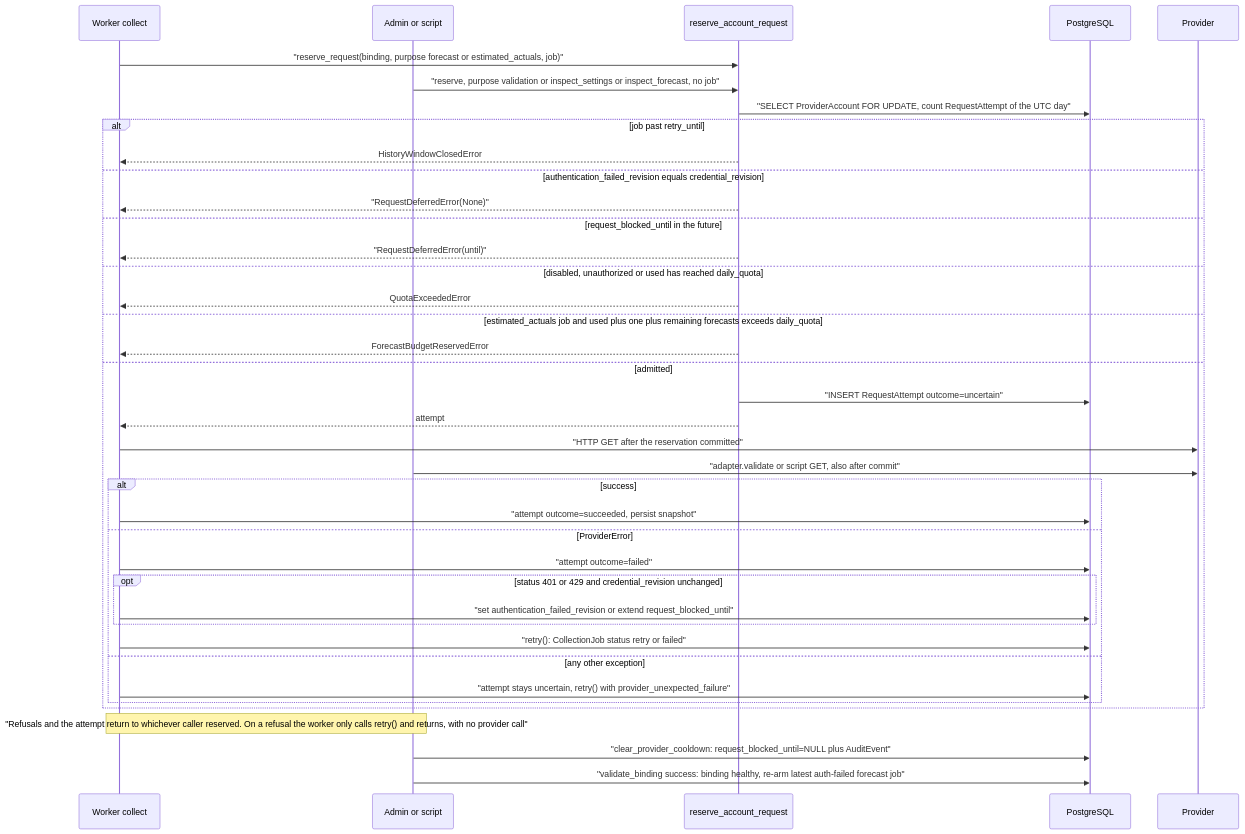
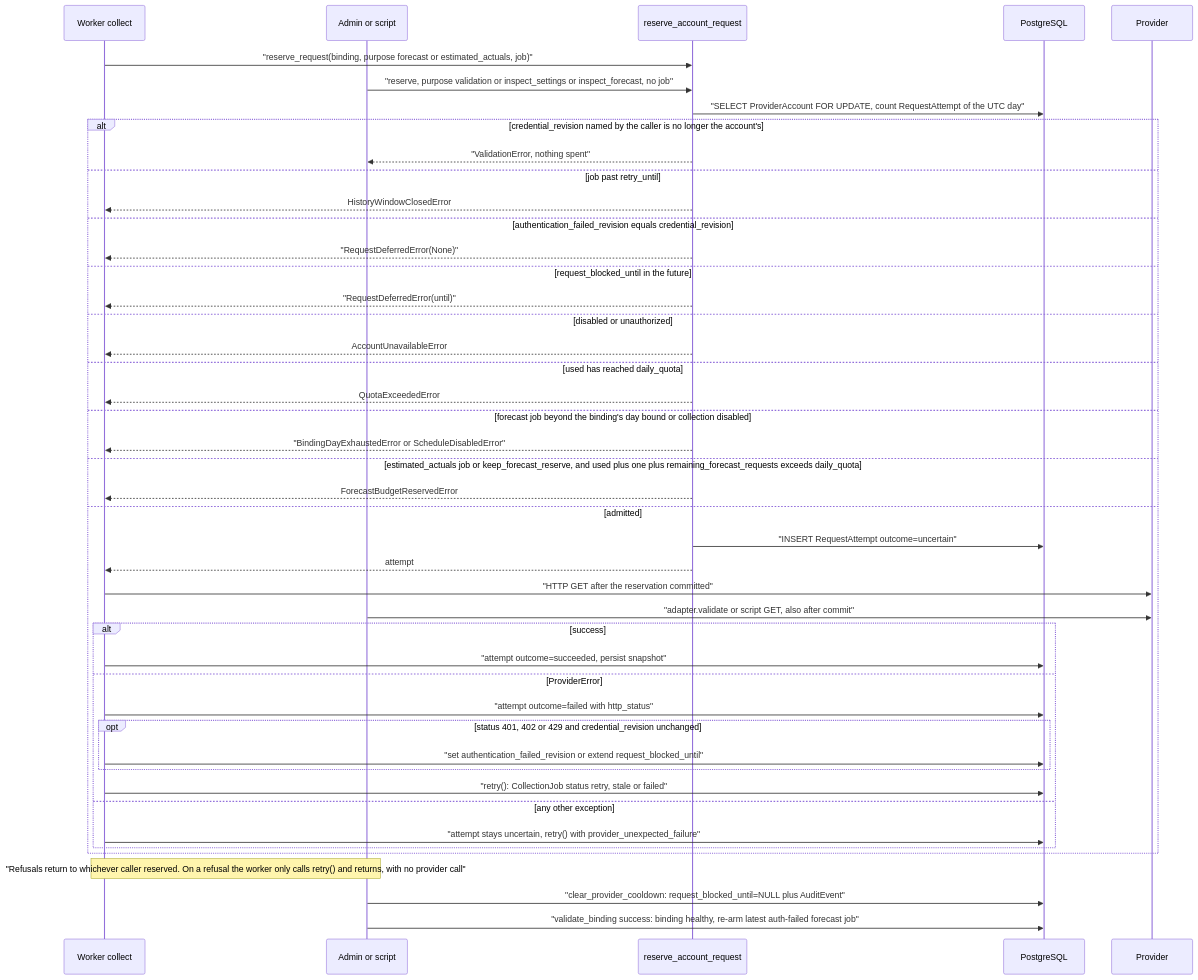
One commit to erkurtharun/pyracast changed the diagram in docs/flows/provider-quota-and-backoff.md. Above: the diagram before and after it, drawn with Mermaid. The commit also changed other lines of this file and 85 other files, not shown here.

First line of the commit message:
Bring the flow pages in line with the code (#107)

````diff
--- a/docs/flows/provider-quota-and-backoff.md
+++ b/docs/flows/provider-quota-and-backoff.md
@@ -18,41 +18,47 @@
 ```mermaid
 sequenceDiagram
     participant W as Worker collect
     participant A as Admin or script
     participant R as reserve_account_request
     participant DB as PostgreSQL
     participant S as Provider
     W->>R: "reserve_request(binding, purpose forecast or estimated_actuals, job)"
     A->>R: "reserve, purpose validation or inspect_settings or inspect_forecast, no job"
     R->>DB: "SELECT ProviderAccount FOR UPDATE, count RequestAttempt of the UTC day"
-    alt job past retry_until
+    alt credential_revision named by the caller is no longer the account's
+        R-->>A: "ValidationError, nothing spent"
+    else job past retry_until
         R-->>W: HistoryWindowClosedError
     else authentication_failed_revision equals credential_revision
         R-->>W: "RequestDeferredError(None)"
     else request_blocked_until in the future
         R-->>W: "RequestDeferredError(until)"
-    else disabled, unauthorized or used has reached daily_quota
+    else disabled or unauthorized
+        R-->>W: AccountUnavailableError
+    else used has reached daily_quota
         R-->>W: QuotaExceededError
-    else estimated_actuals job and used plus one plus remaining forecasts exceeds daily_quota
+    else forecast job beyond the binding's day bound or collection disabled
+        R-->>W: "BindingDayExhaustedError or ScheduleDisabledError"
+    else estimated_actuals job or keep_forecast_reserve, and used plus one plus remaining_forecast_requests exceeds daily_quota
         R-->>W: ForecastBudgetReservedError
     else admitted
         R->>DB: "INSERT RequestAttempt outcome=uncertain"
         R-->>W: attempt
         W->>S: "HTTP GET after the reservation committed"
         A->>S: "adapter.validate or script GET, also after commit"
         alt success
             W->>DB: "attempt outcome=succeeded, persist snapshot"
         else ProviderError
-            W->>DB: "attempt outcome=failed"
-            opt status 401 or 429 and credential_revision unchanged
+            W->>DB: "attempt outcome=failed with http_status"
+            opt status 401, 402 or 429 and credential_revision unchanged
                 W->>DB: "set authentication_failed_revision or extend request_blocked_until"
             end
-            W->>DB: "retry(): CollectionJob status retry or failed"
+            W->>DB: "retry(): CollectionJob status retry, stale or failed"
         else any other exception
             W->>DB: "attempt stays uncertain, retry() with provider_unexpected_failure"
         end
     end
-    Note over W,A: "Refusals and the attempt return to whichever caller reserved. On a refusal the worker only calls retry() and returns, with no provider call"
+    Note over W,A: "Refusals return to whichever caller reserved. On a refusal the worker only calls retry() and returns, with no provider call"
     A->>DB: "clear_provider_cooldown: request_blocked_until=NULL plus AuditEvent"
     A->>DB: "validate_binding success: binding healthy, re-arm latest auth-failed forecast job"
 ```
````
